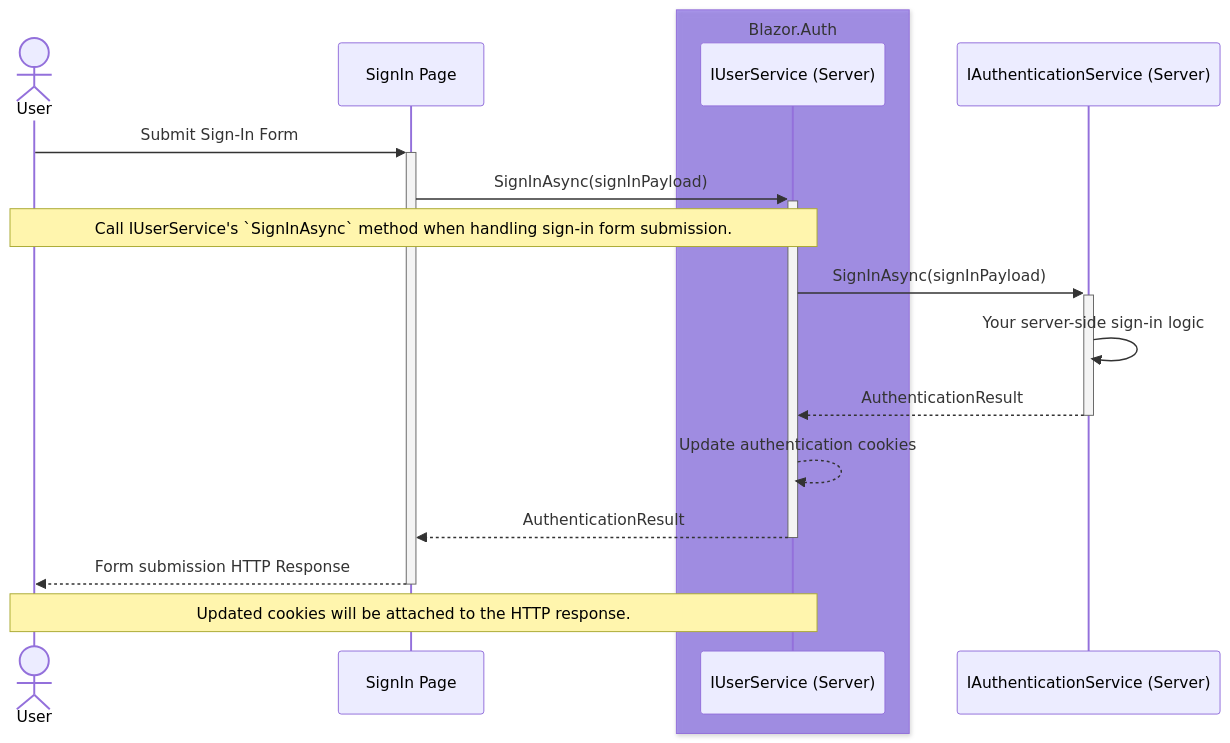
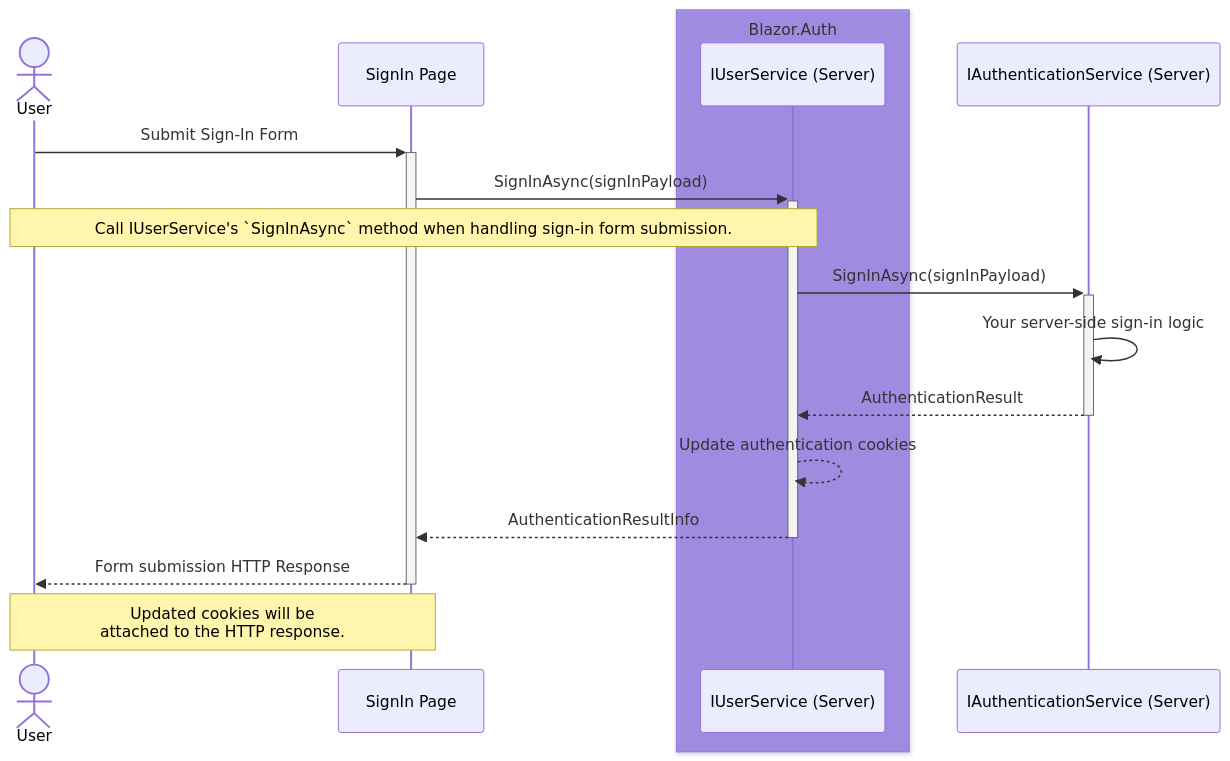
The first of 3 diagrams in docs/src/04.use-cases/01.static-ssr.md (BitzArt/Blazor.Auth), drawn with Mermaid before and after one commit. The commit also changed other lines of this file and 5 other files, not shown here.

````diff
--- a/docs/src/04.use-cases/01.static-ssr.md
+++ b/docs/src/04.use-cases/01.static-ssr.md
@@ -11,27 +11,27 @@
 ```mermaid
 sequenceDiagram
 
 actor user as User
 participant page as SignIn Page
 
 box rgba(101, 63, 232, 0.5) Blazor.Auth
 participant userService as IUserService (Server)
 end
 participant authService as IAuthenticationService (Server)
 
 user ->>+ page: Submit Sign-In Form
 
 page ->>+ userService: SignInAsync(signInPayload)
 note over user,userService: Call IUserService's `SignInAsync` method when handling sign-in form submission.
 
 userService ->>+ authService: SignInAsync(signInPayload)
 authService ->> authService: Your server-side sign-in logic
 
 authService -->>- userService: AuthenticationResult
 
 userService -->> userService: Update authentication cookies
-userService -->>- page: AuthenticationResult
+userService -->>- page: AuthenticationResultInfo
 
 page -->>- user:  Form submission HTTP Response
-note over user,userService: Updated cookies will be attached to the HTTP response.
+note over user,page: Updated cookies will be <br/> attached to the HTTP response.
 ```
````
